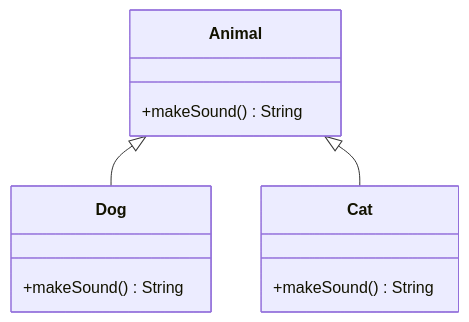
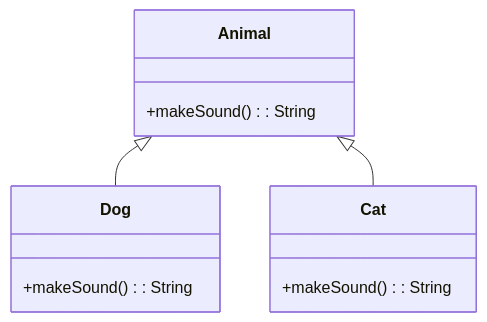
The fourth of 5 diagrams in src/pages/tema-3/f-herencia-y-realizacion.md (ProfesorPermuta/web-cd), drawn with Mermaid before and after one commit. The commit also changed other lines of this file and 6 other files, not shown here.

First line of the commit message:
Tema 3: guías de Mermaid y ejercicios de diseño sin código

````diff
--- a/src/pages/tema-3/f-herencia-y-realizacion.md
+++ b/src/pages/tema-3/f-herencia-y-realizacion.md
@@ -115,14 +130,14 @@
 ```mermaid
 classDiagram
     class Animal {
-        +makeSound() String
+        +makeSound(): String
     }
     class Dog {
-        +makeSound() String
+        +makeSound(): String
     }
     class Cat {
-        +makeSound() String
+        +makeSound(): String
     }
     Animal <|-- Dog
     Animal <|-- Cat
 ```
````
